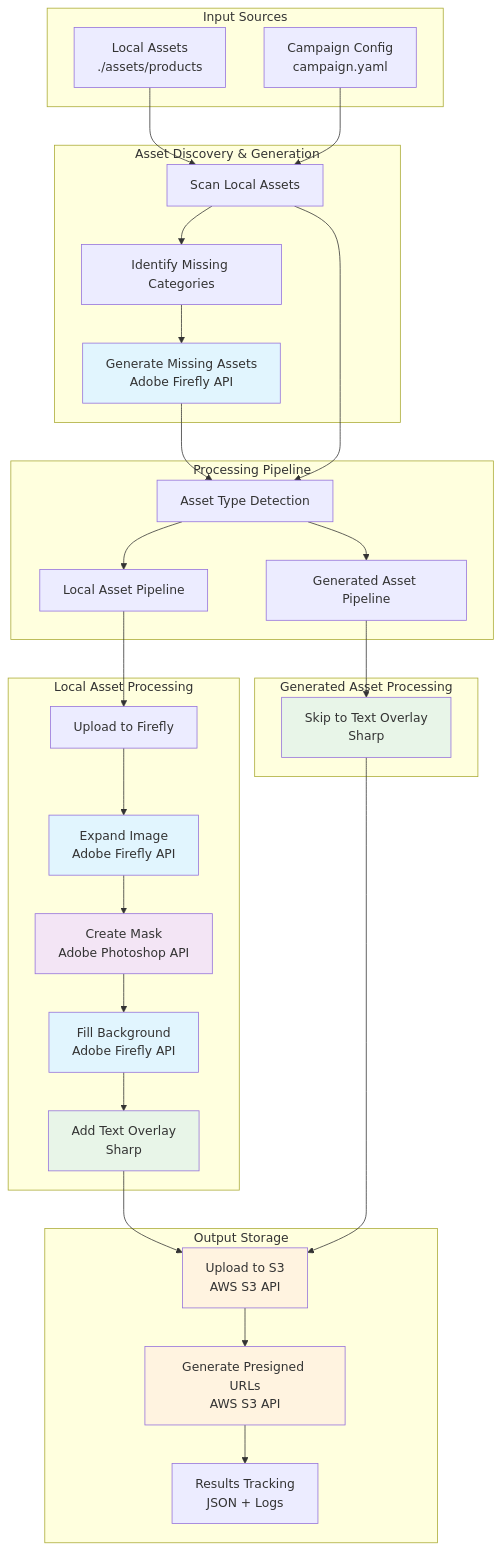
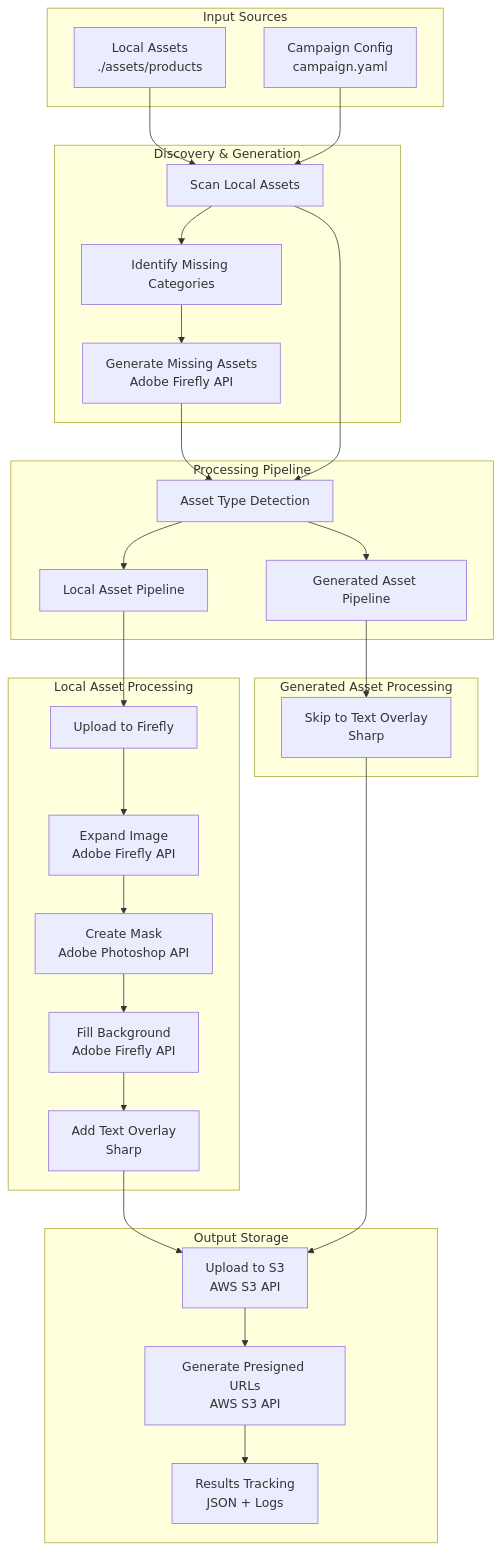
Before and after one commit to arpithaar/creative_automation_poc: the first of 2 diagrams in README.md, drawn with Mermaid. The commit also changed other lines of this file, not shown here.

````diff
--- a/README.md
+++ b/README.md
@@ -142,63 +142,54 @@
 ```mermaid
 graph TB
     subgraph "Input Sources"
         A[Local Assets<br/>./assets/products] 
         B[Campaign Config<br/>campaign.yaml]
     end
     
-    subgraph "Asset Discovery & Generation"
+    subgraph "Discovery & Generation"
         C[Scan Local Assets]
         D[Identify Missing Categories]
         E[Generate Missing Assets<br/>Adobe Firefly API]
     end
     
     subgraph "Processing Pipeline"
         F[Asset Type Detection]
         G[Local Asset Pipeline]
         H[Generated Asset Pipeline]
     end
     
     subgraph "Local Asset Processing"
         G1[Upload to Firefly]
         G2[Expand Image<br/>Adobe Firefly API]
         G3[Create Mask<br/>Adobe Photoshop API]
         G4[Fill Background<br/>Adobe Firefly API]
         G5[Add Text Overlay<br/>Sharp]
     end
     
     subgraph "Generated Asset Processing"
         H1[Skip to Text Overlay<br/>Sharp]
     end
     
     subgraph "Output Storage"
         I[Upload to S3<br/>AWS S3 API]
         J[Generate Presigned URLs<br/>AWS S3 API]
         K[Results Tracking<br/>JSON + Logs]
     end
     
     A --> C
     B --> C
     C --> D
     D --> E
     E --> F
     C --> F
     F --> G
     F --> H
     
     G --> G1 --> G2 --> G3 --> G4 --> G5
     H --> H1
     
     G5 --> I
     H1 --> I
     I --> J
     J --> K
-    
-    style E fill:#e1f5fe
-    style G2 fill:#e1f5fe
-    style G3 fill:#f3e5f5
-    style G4 fill:#e1f5fe
-    style G5 fill:#e8f5e8
-    style H1 fill:#e8f5e8
-    style I fill:#fff3e0
-    style J fill:#fff3e0
 ```
````
